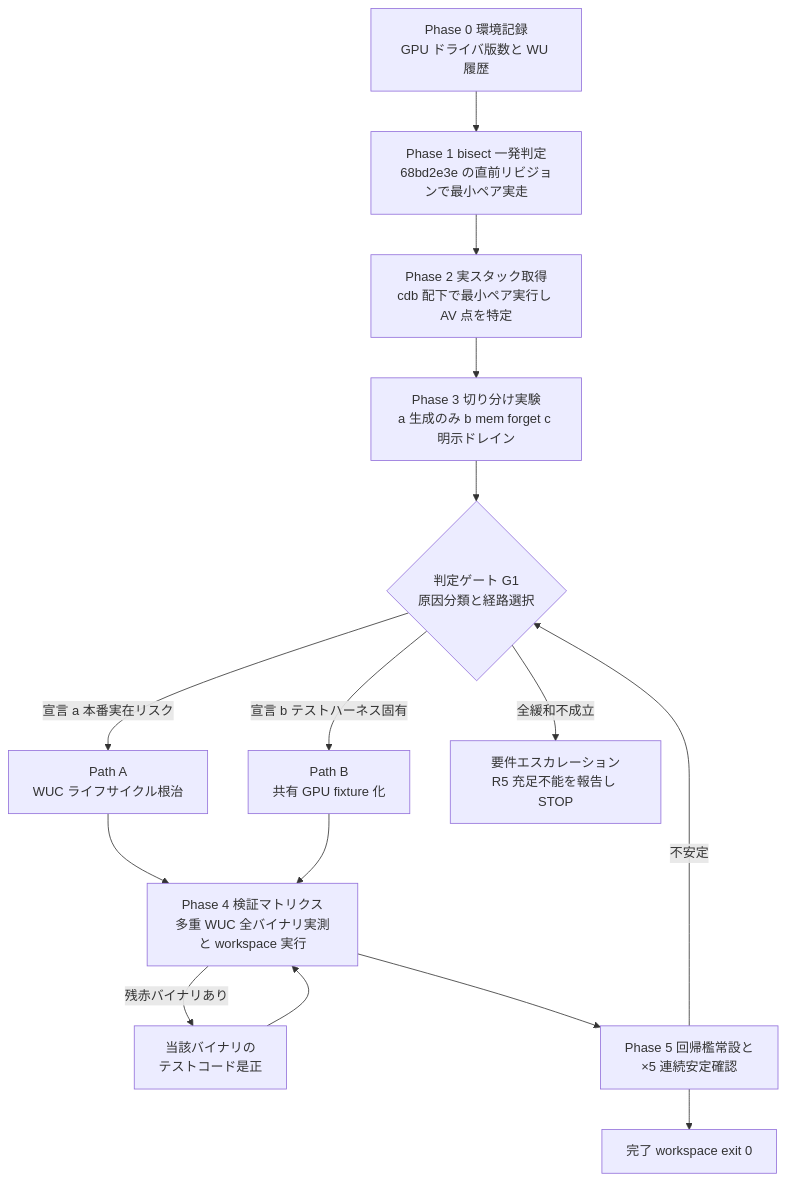
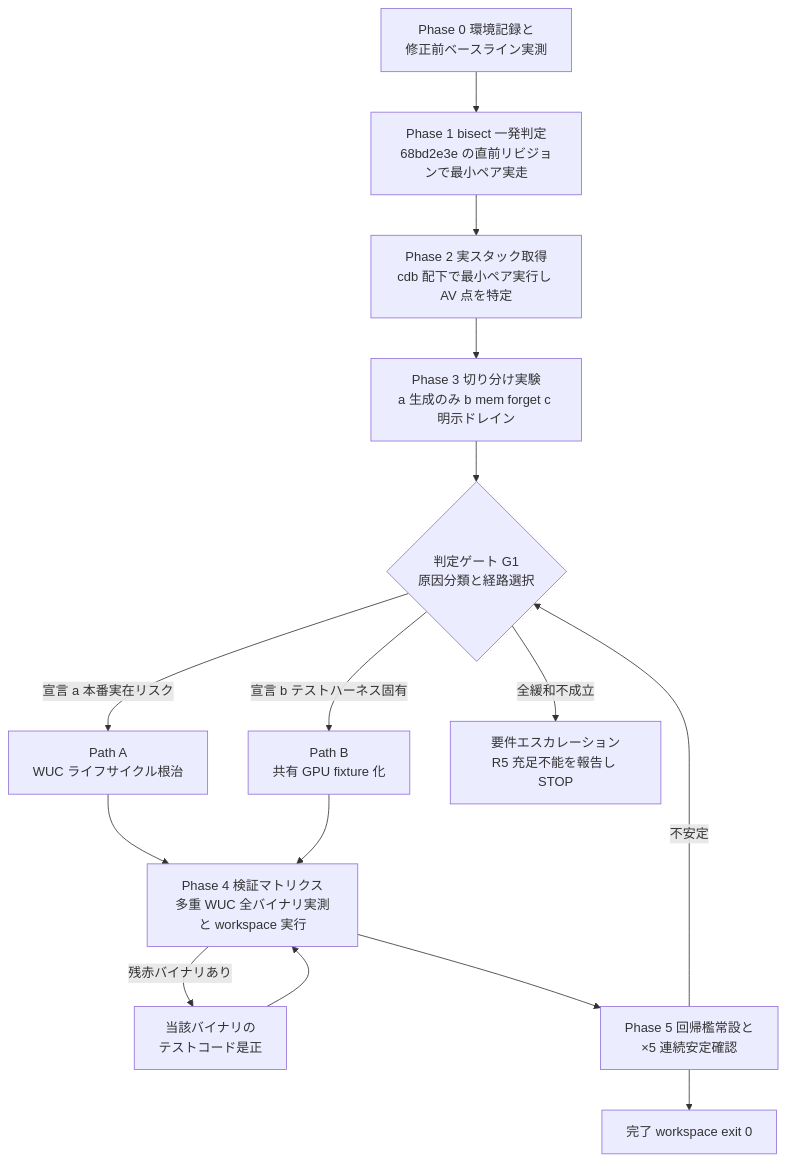
The diagram in .kiro/specs/wintf-gpu-test-crash/design.md (ekicyou/areka), drawn with Mermaid before and after one commit. The commit also changed other lines of this file, not shown here.

Commit message:
docs(wintf-gpu-test-crash): fix obvious issues in design

````diff
--- a/.kiro/specs/wintf-gpu-test-crash/design.md
+++ b/.kiro/specs/wintf-gpu-test-crash/design.md
@@ -65,16 +65,16 @@
 ```mermaid
 flowchart TB
-    P0[Phase 0 環境記録<br/>GPU ドライバ版数と WU 履歴] --> P1
+    P0[Phase 0 環境記録と<br/>修正前ベースライン実測] --> P1
     P1[Phase 1 bisect 一発判定<br/>68bd2e3e の直前リビジョンで最小ペア実走] --> P2
     P2[Phase 2 実スタック取得<br/>cdb 配下で最小ペア実行し AV 点を特定] --> P3
     P3[Phase 3 切り分け実験<br/>a 生成のみ b mem forget c 明示ドレイン] --> G1
     G1{判定ゲート G1<br/>原因分類と経路選択} -->|宣言 a 本番実在リスク| PA[Path A<br/>WUC ライフサイクル根治]
     G1 -->|宣言 b テストハーネス固有| PB[Path B<br/>共有 GPU fixture 化]
     G1 -->|全緩和不成立| ESC[要件エスカレーション<br/>R5 充足不能を報告し STOP]
     PA --> P4[Phase 4 検証マトリクス<br/>多重 WUC 全バイナリ実測と workspace 実行]
     PB --> P4
     P4 -->|残赤バイナリあり| FIXT[当該バイナリの<br/>テストコード是正] --> P4
     P4 --> P5[Phase 5 回帰檻常設と<br/>×5 連続安定確認]
     P5 -->|不安定| G1
     P5 --> DONE[完了 workspace exit 0]
 ```
````
